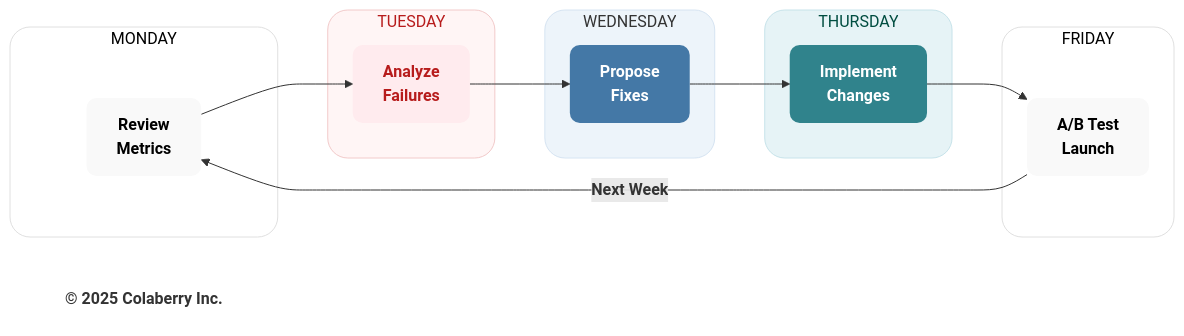
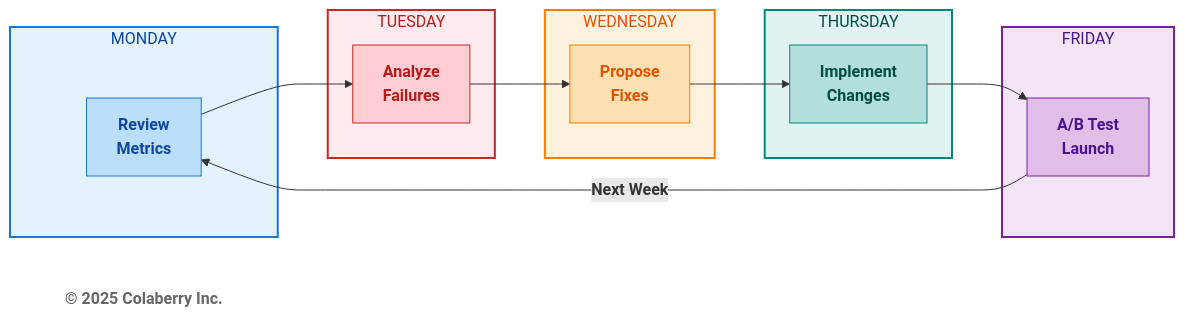
The fifth of 6 diagrams in manuscript/13_chapter_12_running_agents_at_scale.md (saitejesh-cyber/trust-before-intelligence-book), drawn with Mermaid before and after one commit. The commit also changed other lines of this file and 12 other files, not shown here.

Commit message:
Restore legacy Mermaid styles for Option 1

````diff
--- a/manuscript/13_chapter_12_running_agents_at_scale.md
+++ b/manuscript/13_chapter_12_running_agents_at_scale.md
@@ -861,39 +861,39 @@
 ```mermaid
 graph LR
     subgraph MON["MONDAY"]
         M["<b>Review<br/>Metrics</b>"]
     end
     
     subgraph TUE["TUESDAY"]
         T["<b>Analyze<br/>Failures</b>"]
     end
     
     subgraph WED["WEDNESDAY"]
         W["<b>Propose<br/>Fixes</b>"]
     end
     
     subgraph THU["THURSDAY"]
         H["<b>Implement<br/>Changes</b>"]
     end
     
     subgraph FRI["FRIDAY"]
         F["<b>A/B Test<br/>Launch</b>"]
     end
     
     M --> T --> W --> H --> F
     F -->|<b>Next Week</b>| M
     
     Copyright["<b>© 2025 Colaberry Inc.</b>"]
     
-    style MON fill:#ffffff,stroke:#e0e0e0,stroke-width:1px,color:#000000,rx:20,ry:20
-    style TUE fill:#fff5f5,stroke:#f2caca,stroke-width:1px,color:#b71c1c,rx:20,ry:20
-    style WED fill:#edf4fa,stroke:#d6e4f2,stroke-width:1px,color:#333333,rx:20,ry:20
-    style THU fill:#e6f3f6,stroke:#c7e3ea,stroke-width:1px,color:#004d40,rx:20,ry:20
-    style FRI fill:#ffffff,stroke:#e0e0e0,stroke-width:1px,color:#000000,rx:20,ry:20
-    style M fill:#f9f9f9,stroke:none,color:#000000,rx:10,ry:10
-    style T fill:#ffebee,stroke:none,color:#b71c1c,rx:10,ry:10
-    style W fill:#4478A6,stroke:none,color:#ffffff,rx:10,ry:10
-    style H fill:#30838C,stroke:none,color:#ffffff,rx:10,ry:10
-    style F fill:#f9f9f9,stroke:none,color:#000000,rx:10,ry:10
-    style Copyright fill:none,stroke:none,color:#333333
+    style MON fill:#e3f2fd,stroke:#1976d2,stroke-width:2px,color:#0d47a1
+    style TUE fill:#ffebee,stroke:#c62828,stroke-width:2px,color:#b71c1c
+    style WED fill:#fff3e0,stroke:#f57c00,stroke-width:2px,color:#e65100
+    style THU fill:#e0f2f1,stroke:#00897b,stroke-width:2px,color:#004d40
+    style FRI fill:#f3e5f5,stroke:#7b1fa2,stroke-width:2px,color:#4a148c
+    style M fill:#bbdefb,stroke:#1976d2,color:#0d47a1
+    style T fill:#ffcdd2,stroke:#c62828,color:#b71c1c
+    style W fill:#ffe0b2,stroke:#f57c00,color:#e65100
+    style H fill:#b2dfdb,stroke:#00897b,color:#004d40
+    style F fill:#e1bee7,stroke:#7b1fa2,color:#4a148c
+    style Copyright fill:#ffffff,stroke:none,color:#666666
 ```
````
